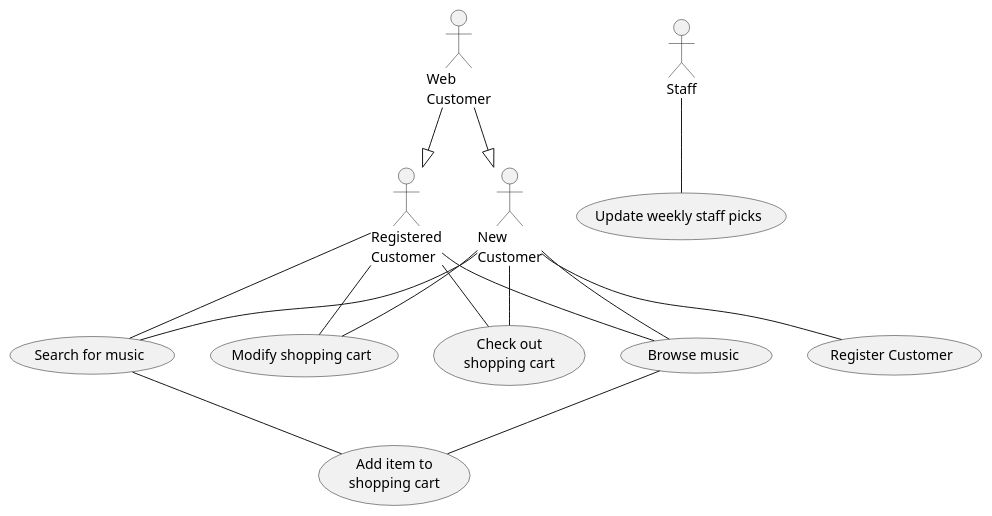
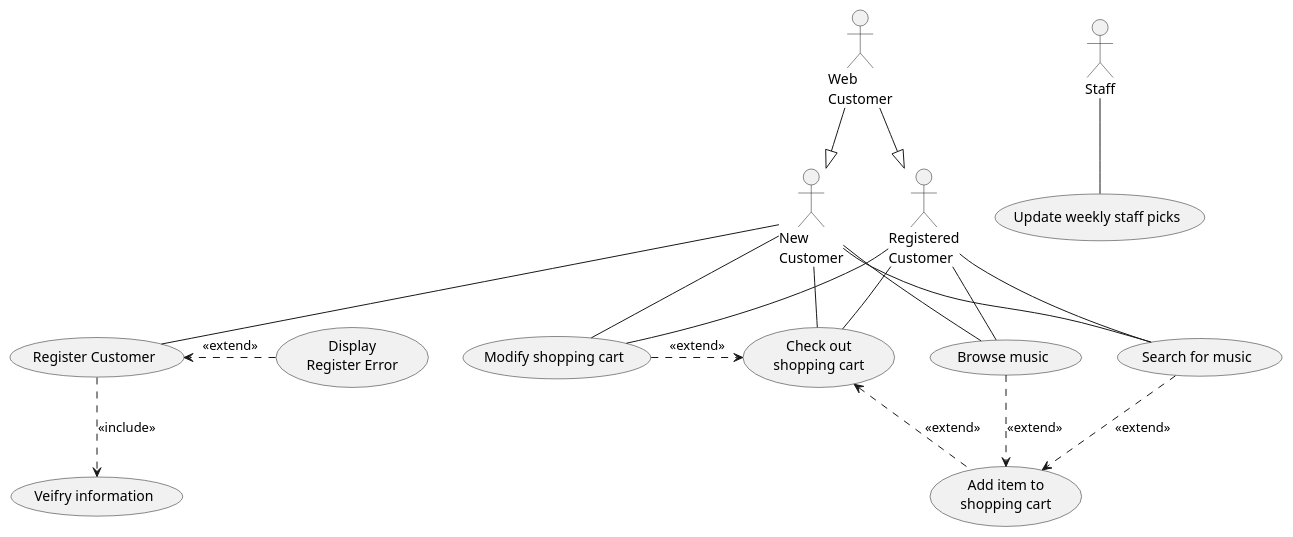
One commit to shaystevens/INFO201-assignments changed the diagram in milestone2/onlineshopping.puml. Above: the diagram before and after it, drawn with PlantUML.

Commit message:
Updated online shopping use case diagram

```diff
--- a/milestone2/onlineshopping.puml
+++ b/milestone2/onlineshopping.puml
@@ -1,30 +1,36 @@
 @startuml onlineshopping
 actor :Registered\nCustomer: as RegisteredCustomer
 actor :New\nCustomer: as NewCustomer
 actor :Web\nCustomer: as WebCustomer
 actor :Staff: as Staff
 
 usecase (Search for music) as SearchForMusic
 usecase (Browse music) as BrowseMusic
 usecase (Add item to\nshopping cart) as AddItem
 usecase (Modify shopping cart) as ModifyCart
 usecase (Check out\nshopping cart) as Checkout 
 usecase (Register Customer) as RegisterCustomer 
 usecase (Update weekly staff picks) as StaffPicks
+usecase (Veifry information) as Verify
+usecase (Display\nRegister Error) as RegisterError
 
 NewCustomer -- RegisterCustomer
 RegisteredCustomer -- BrowseMusic
 NewCustomer -- BrowseMusic
 RegisteredCustomer -- SearchForMusic
 NewCustomer -- SearchForMusic
-SearchForMusic -- AddItem
-BrowseMusic -- AddItem
+SearchForMusic ..> AddItem : <<extend>>
+BrowseMusic .> AddItem : <<extend>>
 RegisteredCustomer -- ModifyCart 
 NewCustomer -- ModifyCart
+ModifyCart .> Checkout : <<extend>>
+Checkout <. AddItem: <<extend>>
 NewCustomer -- Checkout
 RegisteredCustomer -- Checkout
 WebCustomer --|> RegisteredCustomer
 WebCustomer --|> NewCustomer
 Staff -- StaffPicks
+RegisterCustomer ..> Verify : <<include>>
+RegisterError .> RegisterCustomer : <<extend>>
 
 @enduml
```
